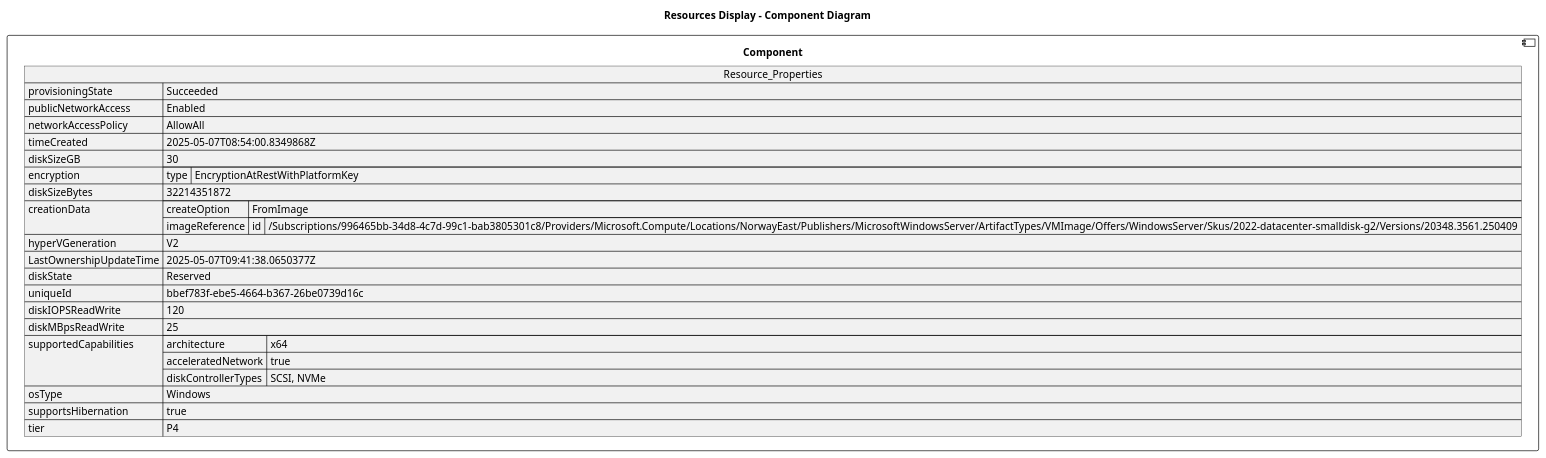
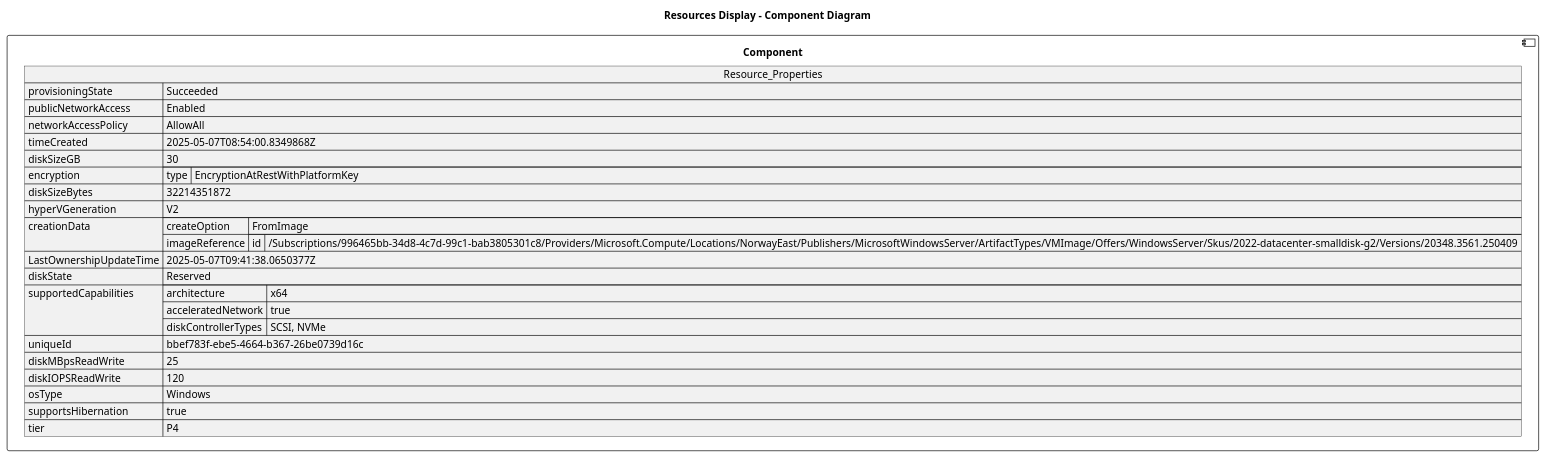
Before and after one commit to DanielAmpong/Test-Azure-architecture-diagram: the diagram in architectureDesign/PUML/rg-bjornjorgen_Resources/bjsScaleset1_ff6a1be6_OsDisk_1_bbef783febe54664b36726be0739d16c.puml, drawn with PlantUML. The commit also changed other lines of this file and 880 other files, not shown here.

```diff
--- a/architectureDesign/PUML/rg-bjornjorgen_Resources/bjsScaleset1_ff6a1be6_OsDisk_1_bbef783febe54664b36726be0739d16c.puml
+++ b/architectureDesign/PUML/rg-bjornjorgen_Resources/bjsScaleset1_ff6a1be6_OsDisk_1_bbef783febe54664b36726be0739d16c.puml
@@ -1,39 +1,39 @@
 @startuml
 
 title Resources Display - Component Diagram
 
 component Component {
 
 json  Resource_Properties {
   "provisioningState": "Succeeded",
   "publicNetworkAccess": "Enabled",
   "networkAccessPolicy": "AllowAll",
   "timeCreated": "2025-05-07T08:54:00.8349868Z",
   "diskSizeGB": 30,
   "encryption": {
     "type": "EncryptionAtRestWithPlatformKey"
   },
   "diskSizeBytes": 32214351872,
+  "hyperVGeneration": "V2",
   "creationData": {
     "createOption": "FromImage",
     "imageReference": {
       "id": "/Subscriptions/996465bb-34d8-4c7d-99c1-bab3805301c8/Providers/Microsoft.Compute/Locations/NorwayEast/Publishers/MicrosoftWindowsServer/ArtifactTypes/VMImage/Offers/WindowsServer/Skus/2022-datacenter-smalldisk-g2/Versions/20348.3561.250409"
     }
   },
-  "hyperVGeneration": "V2",
   "LastOwnershipUpdateTime": "2025-05-07T09:41:38.0650377Z",
   "diskState": "Reserved",
-  "uniqueId": "bbef783f-ebe5-4664-b367-26be0739d16c",
-  "diskIOPSReadWrite": 120,
-  "diskMBpsReadWrite": 25,
   "supportedCapabilities": {
     "architecture": "x64",
     "acceleratedNetwork": true,
     "diskControllerTypes": "SCSI, NVMe"
   },
+  "uniqueId": "bbef783f-ebe5-4664-b367-26be0739d16c",
+  "diskMBpsReadWrite": 25,
+  "diskIOPSReadWrite": 120,
   "osType": "Windows",
   "supportsHibernation": true,
   "tier": "P4"
 }
 }
 @enduml
```
